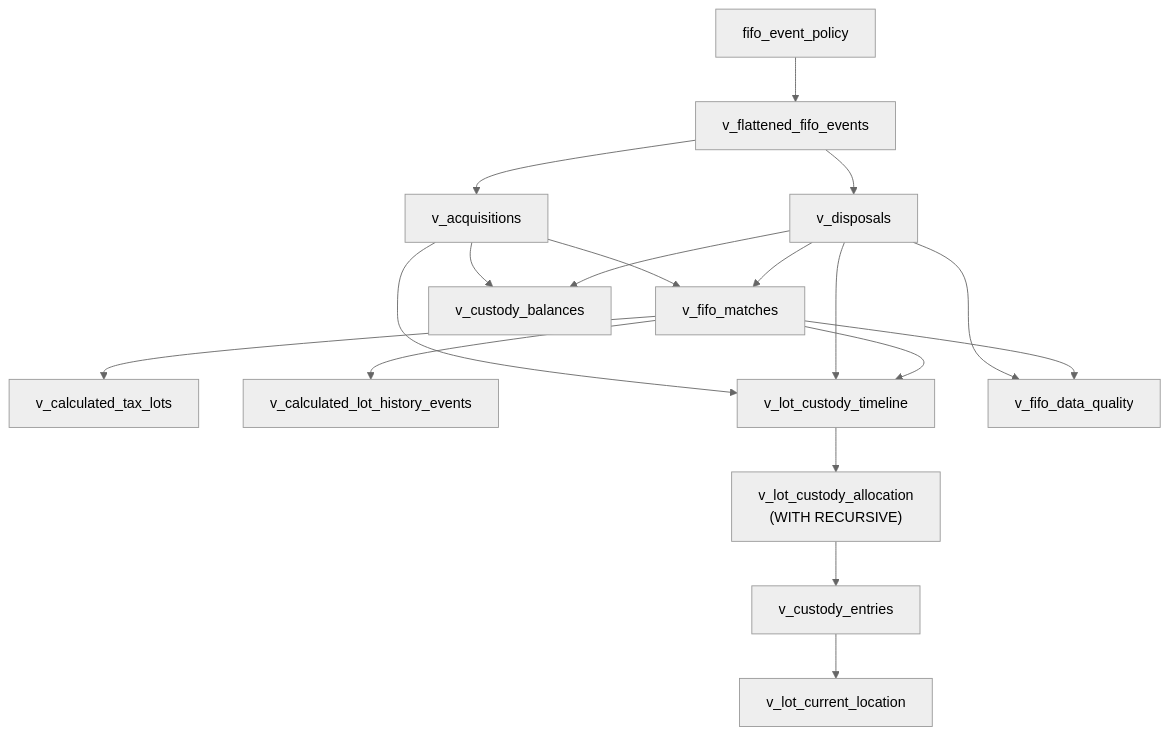
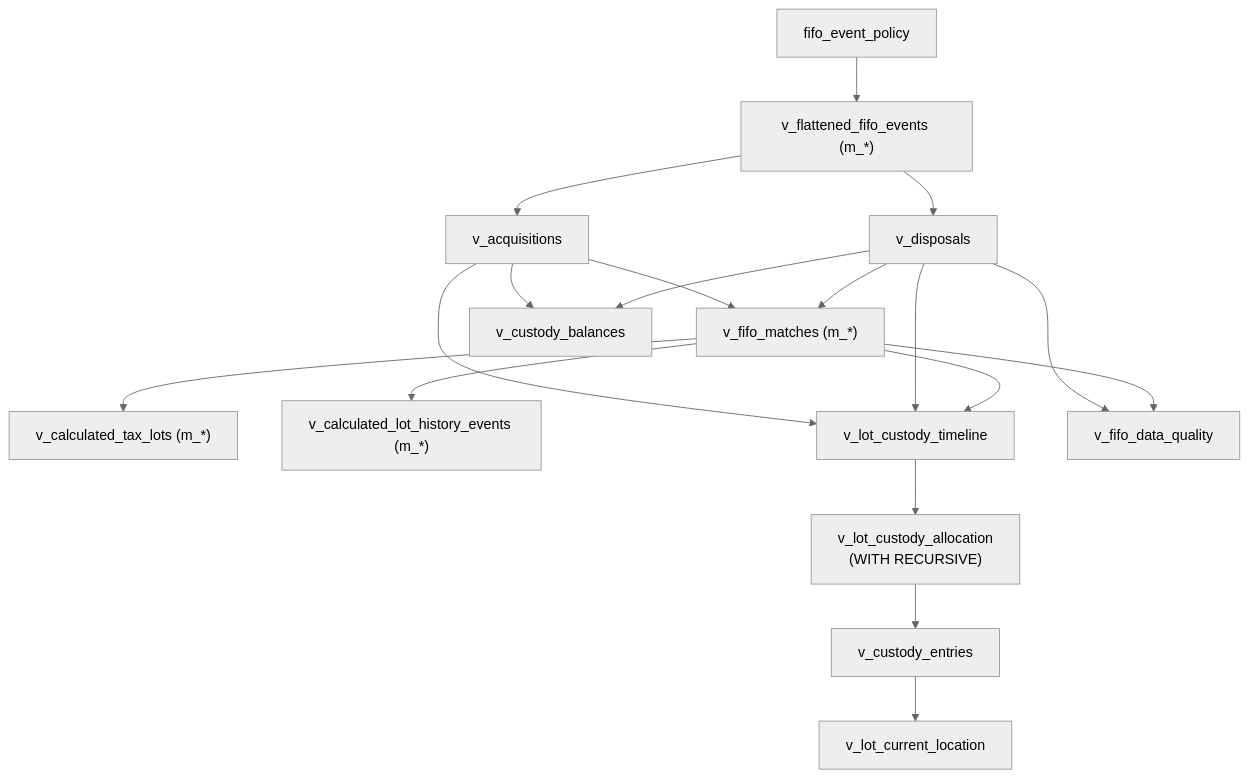
One commit to nelomr/kryptofolio changed the second of 2 diagrams in docs/fifo-tax-engine.md. Above: the diagram before and after it, drawn with Mermaid (neutral theme). The commit also changed other lines of this file and 123 other files, not shown here.

````diff
--- a/docs/fifo-tax-engine.md
+++ b/docs/fifo-tax-engine.md
@@ -265,20 +283,20 @@
 ```mermaid
 flowchart TD
-    FEP[fifo_event_policy] --> FFE[v_flattened_fifo_events]
+    FEP[fifo_event_policy] --> FFE["v_flattened_fifo_events (m_*)"]
     FFE --> ACQ[v_acquisitions]
     FFE --> DIS[v_disposals]
-    ACQ --> FM[v_fifo_matches]
+    ACQ --> FM["v_fifo_matches (m_*)"]
     DIS --> FM
-    FM --> CTL[v_calculated_tax_lots]
-    FM --> CLHE[v_calculated_lot_history_events]
+    FM --> CTL["v_calculated_tax_lots (m_*)"]
+    FM --> CLHE["v_calculated_lot_history_events (m_*)"]
     ACQ --> LCT[v_lot_custody_timeline]
     DIS --> LCT
     FM --> LCT
     LCT --> LCA["v_lot_custody_allocation\n(WITH RECURSIVE)"]
     LCA --> CE[v_custody_entries]
     CE --> LCL[v_lot_current_location]
     ACQ --> CB[v_custody_balances]
     DIS --> CB
     DIS --> FDQ[v_fifo_data_quality]
     FM --> FDQ
 ```
````
